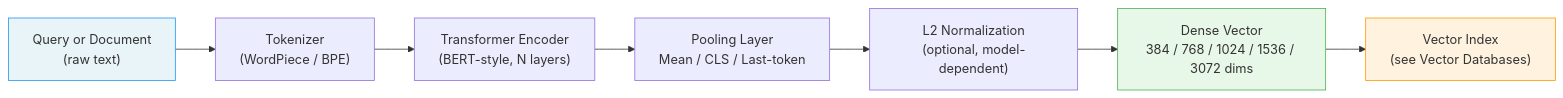
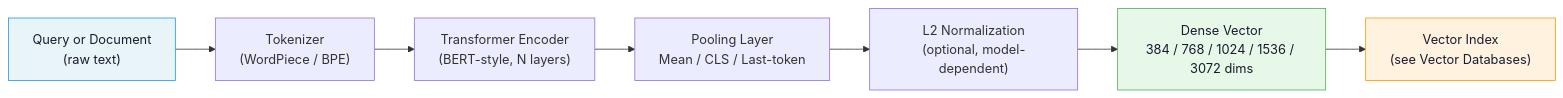
One commit to GyanendraChaubey/AI-System-Design-Notes changed the first of 7 diagrams in docs/05-retrieval-systems/01-embedding-models.md. Above: the diagram before and after it, drawn with Mermaid. The commit also changed other lines of this file and 5 other files, not shown here.

First line of the commit message:
Fix Mermaid diagram rendering errors and dark/light mode color contrast (Sections 1-10)

````diff
--- a/docs/05-retrieval-systems/01-embedding-models.md
+++ b/docs/05-retrieval-systems/01-embedding-models.md
@@ -89,13 +89,13 @@
 ```mermaid
 flowchart LR
     A["Query or Document\n(raw text)"] --> B["Tokenizer\n(WordPiece / BPE)"]
     B --> C["Transformer Encoder\n(BERT-style, N layers)"]
     C --> D["Pooling Layer\nMean / CLS / Last-token"]
     D --> E["L2 Normalization\n(optional, model-dependent)"]
     E --> F["Dense Vector\n384 / 768 / 1024 / 1536 / 3072 dims"]
     F --> G["Vector Index\n(see Vector Databases)"]
 
-    style A fill:#e8f4f8,stroke:#2196F3
-    style F fill:#e8f8e8,stroke:#4CAF50
-    style G fill:#fff3e0,stroke:#FF9800
+    style A fill:#e8f4f8,stroke:#2196F3,color:#1a1a2e
+    style F fill:#e8f8e8,stroke:#4CAF50,color:#1a1a2e
+    style G fill:#fff3e0,stroke:#FF9800,color:#1a1a2e
 ```
````
